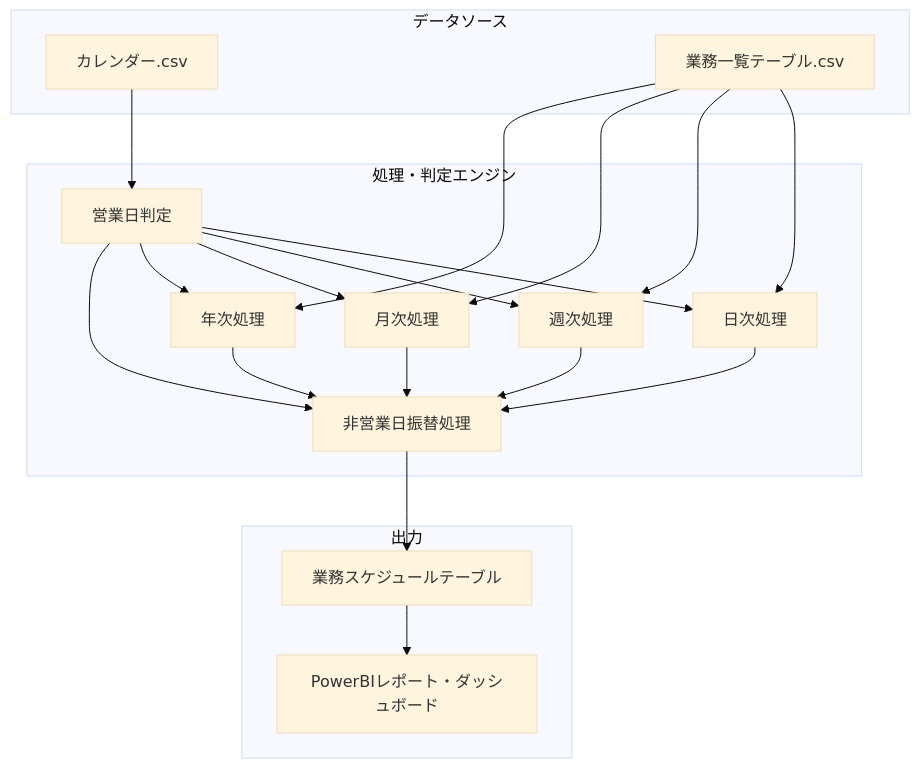
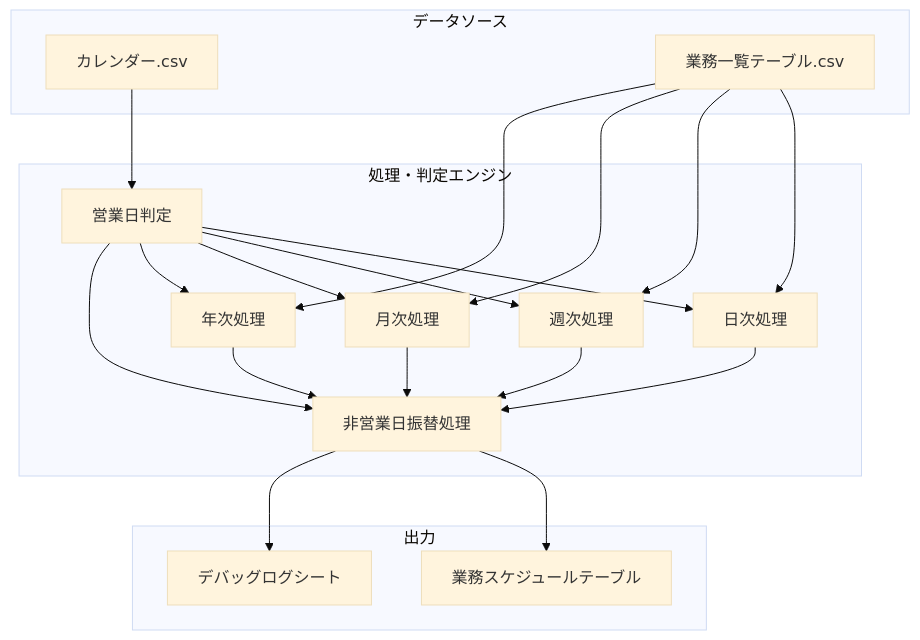
The second of 20 diagrams in README.md (mkuwan/TaskManaging), drawn with Mermaid (base theme) before and after one commit. The commit also changed other lines of this file and 10 other files, not shown here.

````diff
--- a/README.md
+++ b/README.md
@@ -467,38 +125,38 @@
 ```mermaid
 flowchart TB
     subgraph "データソース"
         カレンダーCSV[カレンダー.csv]
         業務一覧テーブル[業務一覧テーブル.csv]
     end
     
     subgraph "処理・判定エンジン"
         日次処理[日次処理]
         週次処理[週次処理]
         月次処理[月次処理]
         年次処理[年次処理]
         営業日判定[営業日判定]
         非営業日振替処理[非営業日振替処理]
     end
     
     subgraph "出力"
         業務スケジュール[業務スケジュールテーブル]
-        PowerBIレポート[PowerBIレポート・ダッシュボード]
+        デバッグログ[デバッグログシート]
     end
     
     カレンダーCSV --> 営業日判定
     業務一覧テーブル --> 日次処理
     業務一覧テーブル --> 週次処理
     業務一覧テーブル --> 月次処理
     業務一覧テーブル --> 年次処理
     営業日判定 --> 日次処理
     営業日判定 --> 週次処理
     営業日判定 --> 月次処理
     営業日判定 --> 年次処理
     営業日判定 --> 非営業日振替処理
     日次処理 --> 非営業日振替処理
     週次処理 --> 非営業日振替処理
     月次処理 --> 非営業日振替処理
     年次処理 --> 非営業日振替処理
     非営業日振替処理 --> 業務スケジュール
-    業務スケジュール --> PowerBIレポート
+    非営業日振替処理 --> デバッグログ
 ```
````
